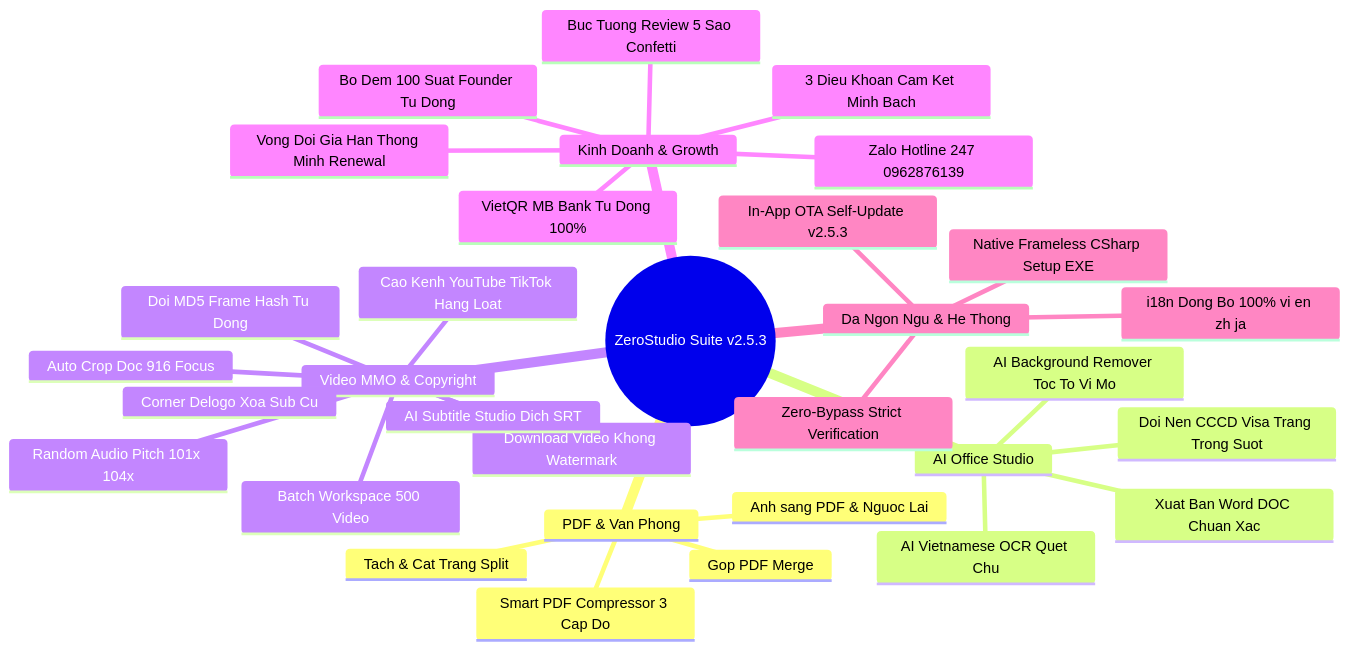
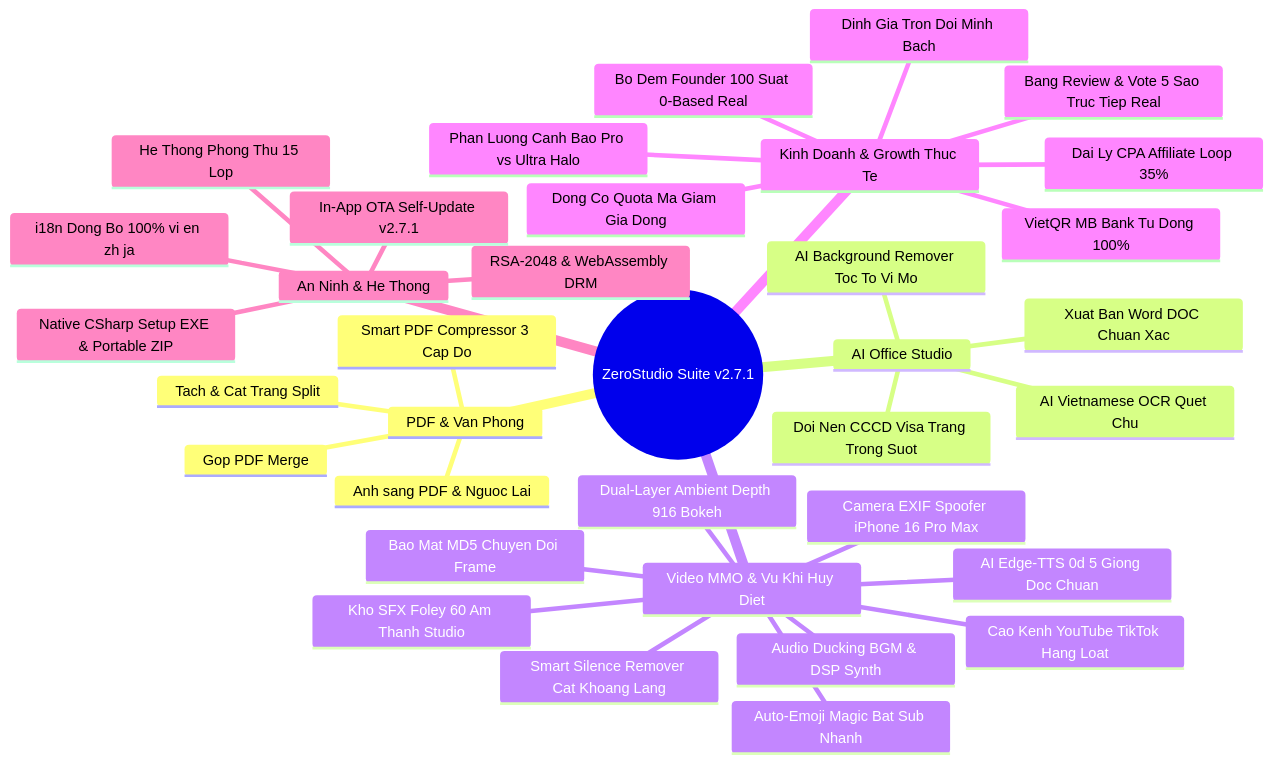
Before and after one commit to yungfishin/Zerostudio: the first of 2 diagrams in ZEROSTUDIO_MASTER_ARCHIVE_AND_ROADMAP.md, drawn with Mermaid. The commit also changed other lines of this file, not shown here.

Commit message:
docs: sync master archive & roadmap to v2.7.1 with 15-layer security, real founder slots, promo quota & pro/ultra routing

````diff
--- a/ZEROSTUDIO_MASTER_ARCHIVE_AND_ROADMAP.md
+++ b/ZEROSTUDIO_MASTER_ARCHIVE_AND_ROADMAP.md
@@ -37,35 +37,38 @@
 ```mermaid
 mindmap
-  root((ZeroStudio Suite v2.5.3))
+  root((ZeroStudio Suite v2.7.1))
     PDF & Van Phong
       Gop PDF Merge
       Tach & Cat Trang Split
       Anh sang PDF & Nguoc Lai
       Smart PDF Compressor 3 Cap Do
     AI Office Studio
       AI Background Remover Toc To Vi Mo
       Doi Nen CCCD Visa Trang Trong Suot
       AI Vietnamese OCR Quet Chu
       Xuat Ban Word DOC Chuan Xac
-    Video MMO & Copyright
-      Download Video Khong Watermark
-      Auto Crop Doc 916 Focus
-      Random Audio Pitch 101x 104x
-      Corner Delogo Xoa Sub Cu
-      Doi MD5 Frame Hash Tu Dong
+    Video MMO & Vu Khi Huy Diet
+      Auto-Emoji Magic Bat Sub Nhanh
+      Smart Silence Remover Cat Khoang Lang
+      Dual-Layer Ambient Depth 916 Bokeh
+      Camera EXIF Spoofer iPhone 16 Pro Max
+      Audio Ducking BGM & DSP Synth
+      AI Edge-TTS 0d 5 Giong Doc Chuan
+      Kho SFX Foley 60 Am Thanh Studio
       Cao Kenh YouTube TikTok Hang Loat
-      Batch Workspace 500 Video
-      AI Subtitle Studio Dich SRT
-    Kinh Doanh & Growth
-      Bo Dem 100 Suat Founder Tu Dong
-      Vong Doi Gia Han Thong Minh Renewal
-      3 Dieu Khoan Cam Ket Minh Bach
+      Bao Mat MD5 Chuyen Doi Frame
+    Kinh Doanh & Growth Thuc Te
+      Dong Co Quota Ma Giam Gia Dong
+      Bo Dem Founder 100 Suat 0-Based Real
+      Bang Review & Vote 5 Sao Truc Tiep Real
+      Phan Luong Canh Bao Pro vs Ultra Halo
+      Dinh Gia Tron Doi Minh Bach
       VietQR MB Bank Tu Dong 100%
-      Zalo Hotline 247 0962876139
-      Buc Tuong Review 5 Sao Confetti
-    Da Ngon Ngu & He Thong
+      Dai Ly CPA Affiliate Loop 35%
+    An Ninh & He Thong
+      He Thong Phong Thu 15 Lop
+      RSA-2048 & WebAssembly DRM
       i18n Dong Bo 100% vi en zh ja
-      In-App OTA Self-Update v2.5.3
-      Zero-Bypass Strict Verification
-      Native Frameless CSharp Setup EXE
+      In-App OTA Self-Update v2.7.1
+      Native CSharp Setup EXE & Portable ZIP
 ```
````
